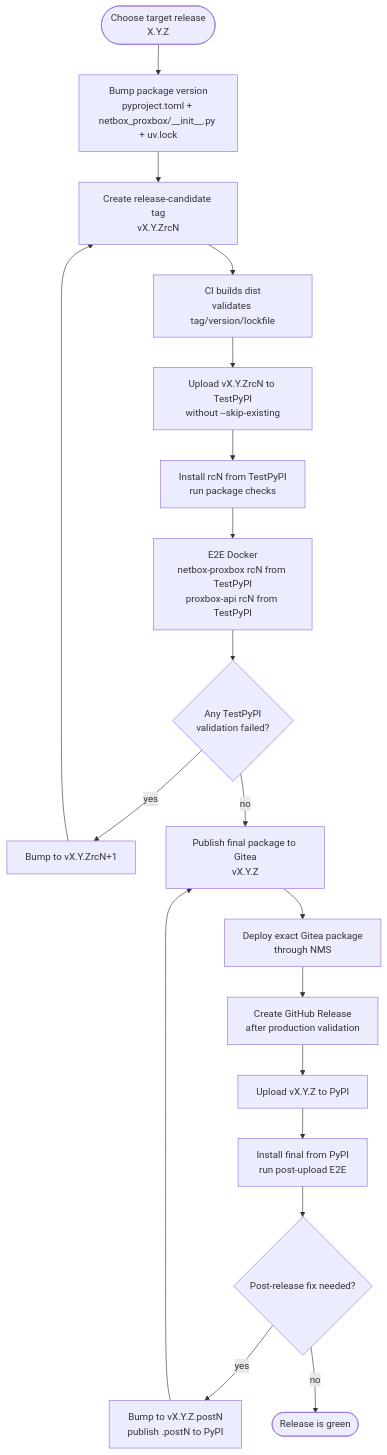
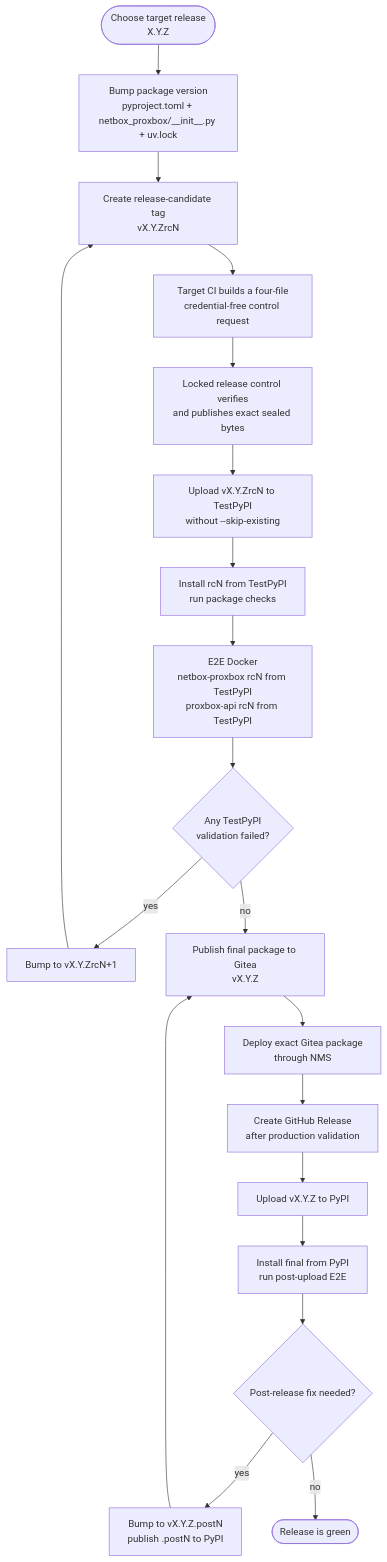
Before and after one commit to emersonfelipesp/netbox-proxbox: the first of 2 diagrams in docs/developer/release-publishing.md, drawn with Mermaid. The commit also changed other lines of this file and 8 other files, not shown here.

Commit message:
Route release publication through locked control plane

````diff
--- a/docs/developer/release-publishing.md
+++ b/docs/developer/release-publishing.md
@@ -13,26 +13,27 @@
 ```mermaid
 flowchart TD
     Start([Choose target release\nX.Y.Z])
     Bump[Bump package version\npyproject.toml + netbox_proxbox/__init__.py + uv.lock]
     RCTag[Create release-candidate tag\nvX.Y.ZrcN]
-    RCCI[CI builds dist\nvalidates tag/version/lockfile]
+    RCCI[Target CI builds a four-file\ncredential-free control request]
+    Control[Locked release control verifies\nand publishes exact sealed bytes]
     RCUpload[Upload vX.Y.ZrcN to TestPyPI\nwithout --skip-existing]
     RCValidate[Install rcN from TestPyPI\nrun package checks]
     RCE2E[E2E Docker\nnetbox-proxbox rcN from TestPyPI\nproxbox-api rcN from TestPyPI]
     RCFailed{Any TestPyPI\nvalidation failed?}
     NextRC[Bump to vX.Y.ZrcN+1]
     FinalPrivate[Publish final package to Gitea\nvX.Y.Z]
     Deploy[Deploy exact Gitea package\nthrough NMS]
     PublicRelease[Create GitHub Release\nafter production validation]
     FinalUpload[Upload vX.Y.Z to PyPI]
     FinalValidate[Install final from PyPI\nrun post-upload E2E]
     FinalFailed{Post-release fix needed?}
     Post[Bump to vX.Y.Z.postN\npublish .postN to PyPI]
     Done([Release is green])
 
-    Start --> Bump --> RCTag --> RCCI --> RCUpload --> RCValidate --> RCE2E --> RCFailed
+    Start --> Bump --> RCTag --> RCCI --> Control --> RCUpload --> RCValidate --> RCE2E --> RCFailed
     RCFailed -- yes --> NextRC --> RCTag
     RCFailed -- no --> FinalPrivate --> Deploy --> PublicRelease --> FinalUpload --> FinalValidate --> FinalFailed
     FinalFailed -- yes --> Post --> FinalPrivate
     FinalFailed -- no --> Done
 ```
````
